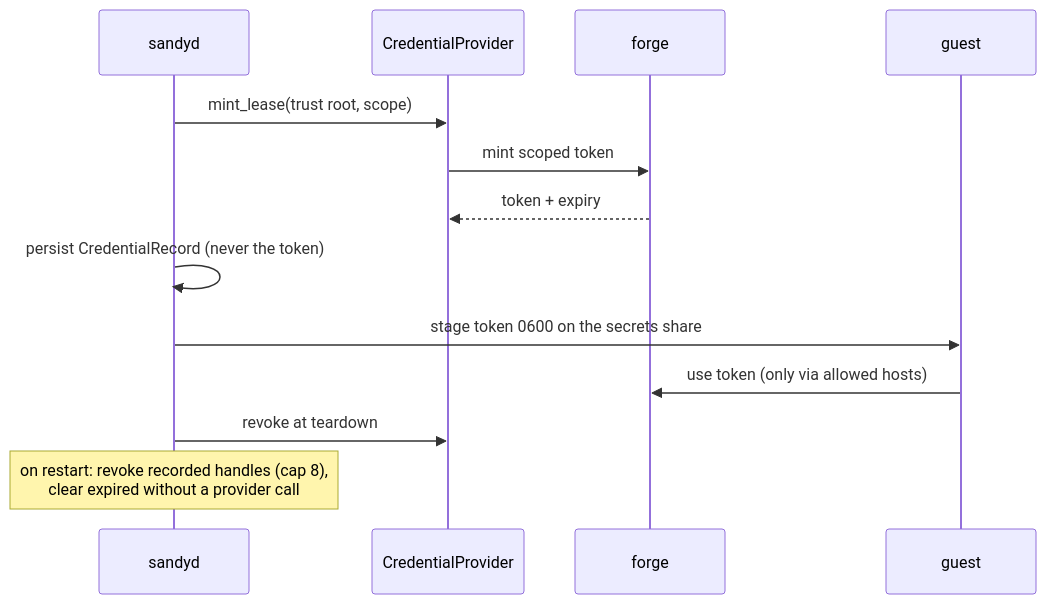
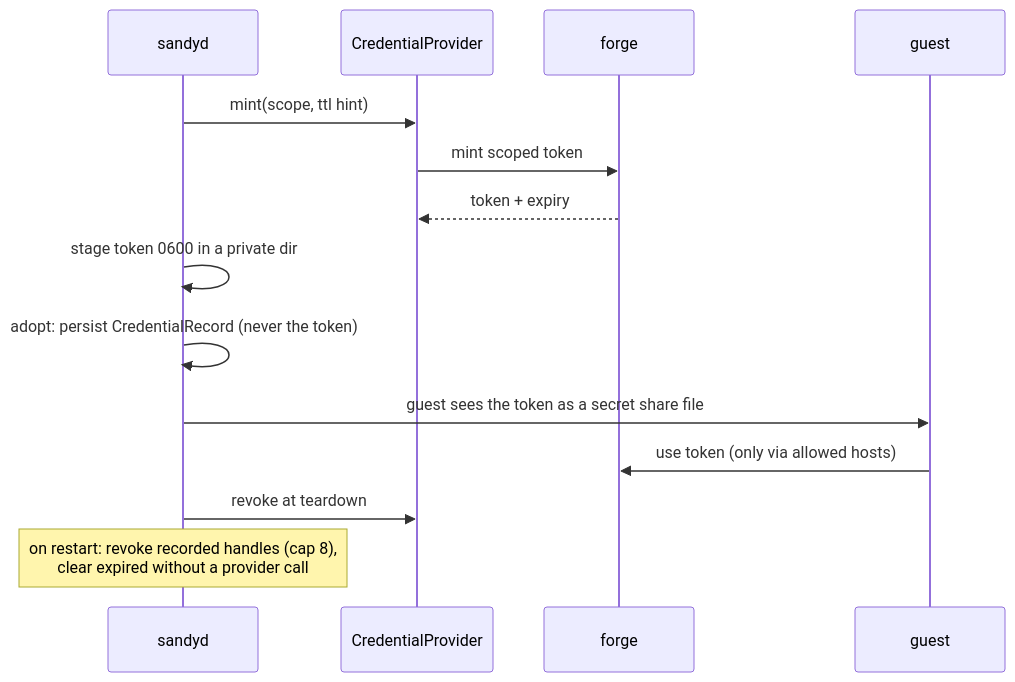
Before and after one commit to kauki-labs/sandy: the seventh of 8 diagrams in docs/architecture/components.md, drawn with Mermaid. The commit also changed other lines of this file, not shown here.

First line of the commit message:
docs(architecture): correct components page after review

````diff
--- a/docs/architecture/components.md
+++ b/docs/architecture/components.md
@@ -209,15 +229,16 @@
 ```mermaid
 sequenceDiagram
   participant D as sandyd
   participant S as CredentialProvider
   participant F as forge
   participant G as guest
-  D->>S: mint_lease(trust root, scope)
+  D->>S: mint(scope, ttl hint)
   S->>F: mint scoped token
   F-->>S: token + expiry
-  D->>D: persist CredentialRecord (never the token)
-  D->>G: stage token 0600 on the secrets share
+  D->>D: stage token 0600 in a private dir
+  D->>D: adopt: persist CredentialRecord (never the token)
+  D->>G: guest sees the token as a secret share file
   G->>F: use token (only via allowed hosts)
   D->>S: revoke at teardown
   Note over D: on restart: revoke recorded handles (cap 8),<br/>clear expired without a provider call
 ```
````
